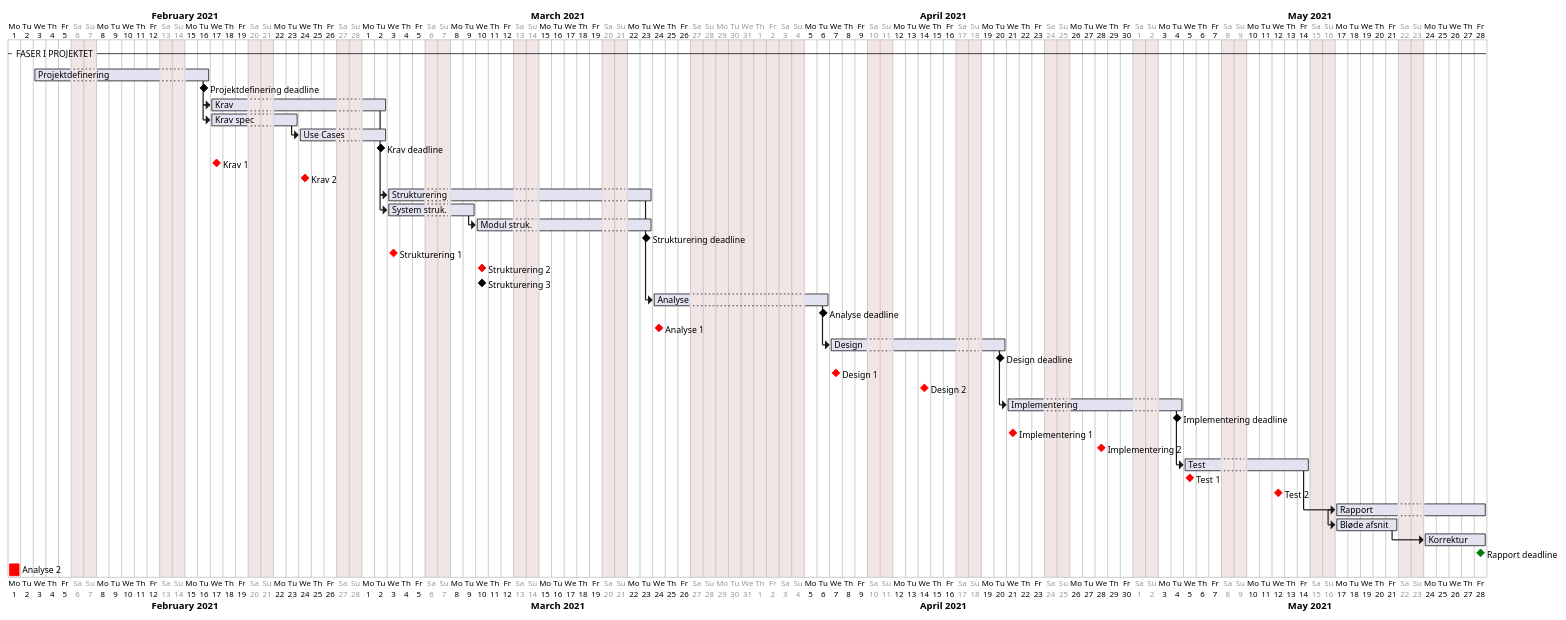
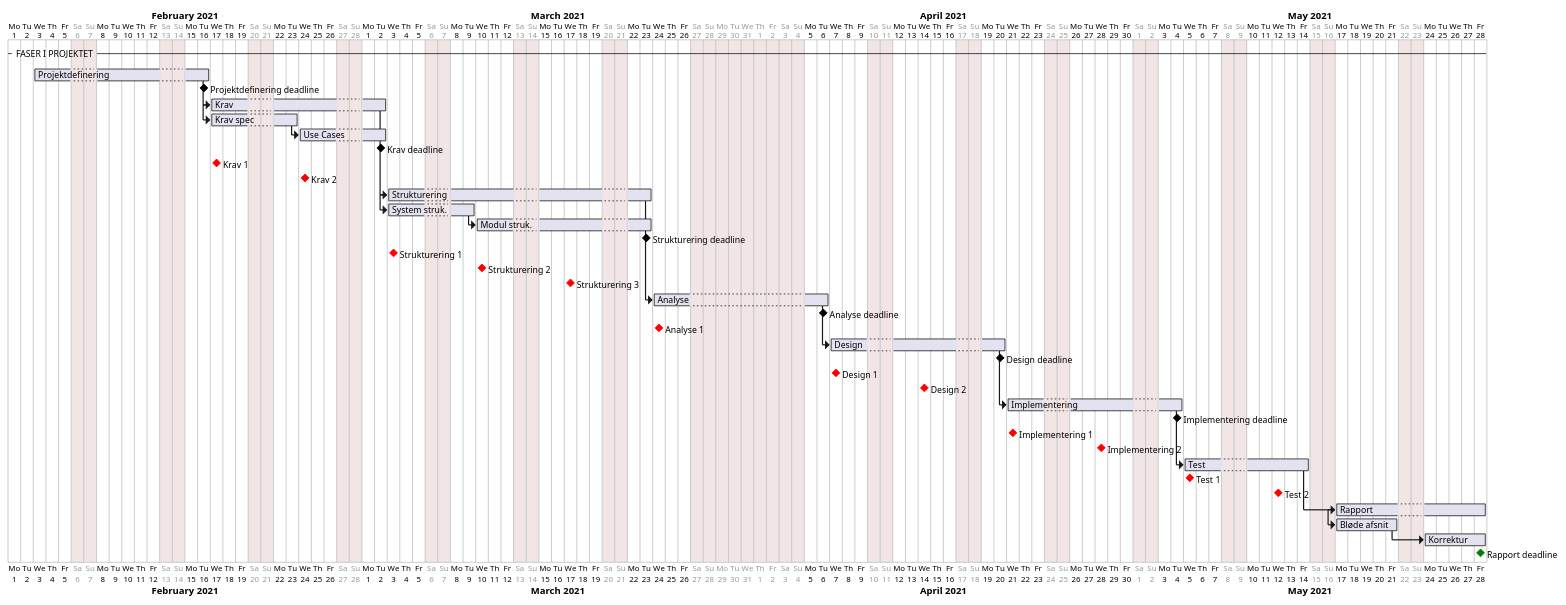
Before and after one commit to Solvgraa-mager/E4PRJ4: the diagram in Planing/timeline.puml, drawn with PlantUML.

Commit message:
Tidsplan opdateret

```diff
--- a/Planing/timeline.puml
+++ b/Planing/timeline.puml
@@ -1,94 +1,94 @@
 @startgantt
 project starts the 2021/02/01
 
 saturday are closed
 sunday are closed
 2021/03/29 to 2021/04/04 are closed 
 
 
 -- FASER I PROJEKTET --
 
 [Projektdefinering] as [Projektdefinering] starts 2021/02/03 and lasts 10 days
 [Projektdefinering deadline] happens at [Projektdefinering]'s end
 
 '##### Krav ##### 
 [Krav] as [Krav] starts at [Projektdefinering]'s end and lasts 10 days
 [Krav spec] starts at [Krav]'s start and lasts 5 days 
 [Use Cases] starts at [Krav spec]'s end and lasts 5 days 
 [Krav deadline] happens at [Krav]'s end
 
 'Møder omkr. Krav
 [Krav 1] happens at [Krav]'s start
 [Krav 2] happens 7 days after [Krav]'s start
 
 '##### Strukturering #####
 [Strukturering] as [Strukturering] starts at [Krav]'s end and lasts 15 days
 [System struk.] lasts 5 days and starts at [Strukturering]'s start
 [Modul struk.] lasts 10 days and starts at [System struk.]'s end 
 [Strukturering deadline] happens at [Strukturering]'s end
 
 'Møder omkring Strukturering
 [Strukturering 1] happens at [Strukturering]'s start
 [Strukturering 2] happens 7 days after [Strukturering]'s start
-[Strukturering 3] happens 7 days after [Strukturering]'s start
+[Strukturering 3] happens 14 days after [Strukturering]'s start
 
 
 '##### Analyse #####
 [Analyse] as [Analyse] starts at [Strukturering]'s end and lasts 5 days
 [Analyse deadline] happens at [Analyse]'s end
 
 'Møder omkring Analyse
 [Analyse 1] happens at [Analyse]'s start
 
 '##### Design #####
 [Design] as [Design] starts at [Analyse]'s end and lasts 10 days
 [Design deadline] happens at [Design]'s end
 
 'Møder omkring Design
 [Design 1] happens at [Design]'s start
 [Design 2] happens 7 days after [Design]'s start
 
 '##### Implementering #####
 
 [Implementering] as [Implementering] starts at [Design]'s end and lasts 10 days
 [Implementering deadline] happens at [Implementering]'s end
 
 'Møder omkring implementering
 [Implementering 1] happens at [Implementering]'s start
 [Implementering 2] happens 7 days after [Implementering]'s start
  
  '##### Test #####
 [Test] starts at [Implementering]'s end and lasts 8 days
 
 'Møder omkring test
 [Test 1] happens at [Test]'s start
 [Test 2] happens 7 days after [Test]'s start
  
  '##### Rapport #####
 [Rapport] as [Rapport] starts at [Test]'s end and lasts 10 days
 [Bløde afsnit] as [BA] starts at [Rapport]'s start and lasts 5 days
 [Korrektur] starts at [BA]'s end and lasts 5 days
 [Rapport deadline] happens at 2021/05/28
 
 [Krav 1] is colored in Red
 [Krav 2] is colored in Red
 
 [Strukturering 1] is colored in Red
 [Strukturering 2] is colored in Red
+[Strukturering 3] is colored in Red
 
 [Analyse 1] is colored in Red
-[Analyse 2] is colored in Red
 
 [Design 1] is colored in Red
 [Design 2] is colored in Red
 
 [Implementering 1] is colored in Red
 [Implementering 2] is colored in Red
 
 [Test 1] is colored in Red
 [Test 2] is colored in Red
 
 [Rapport deadline] is colored in Green
 
 
 @endgantt
```
